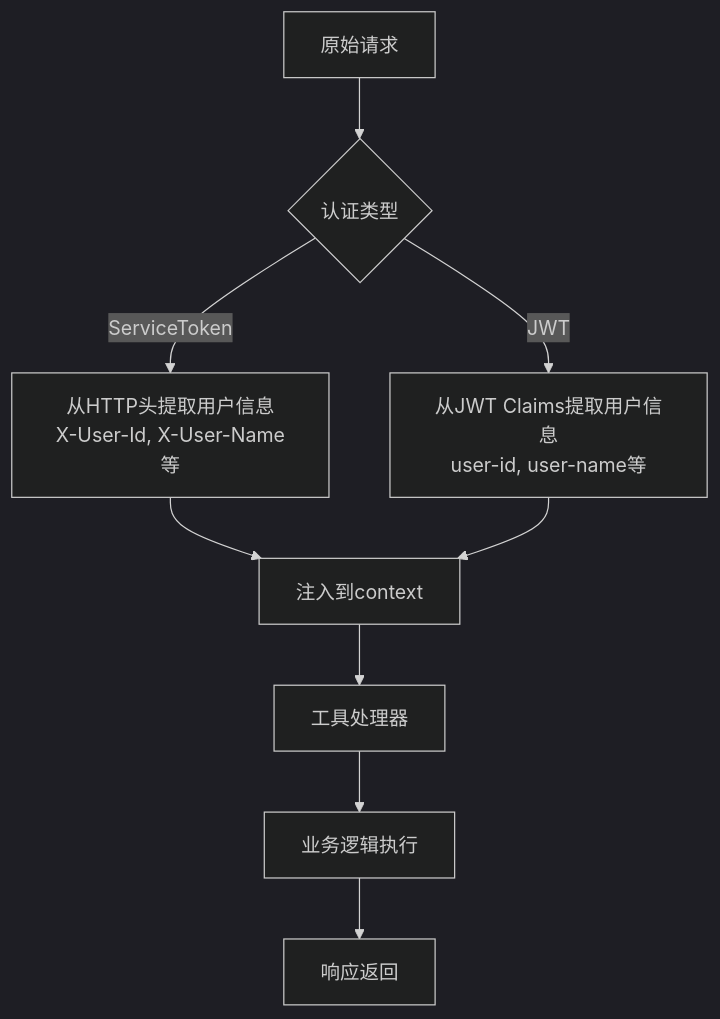
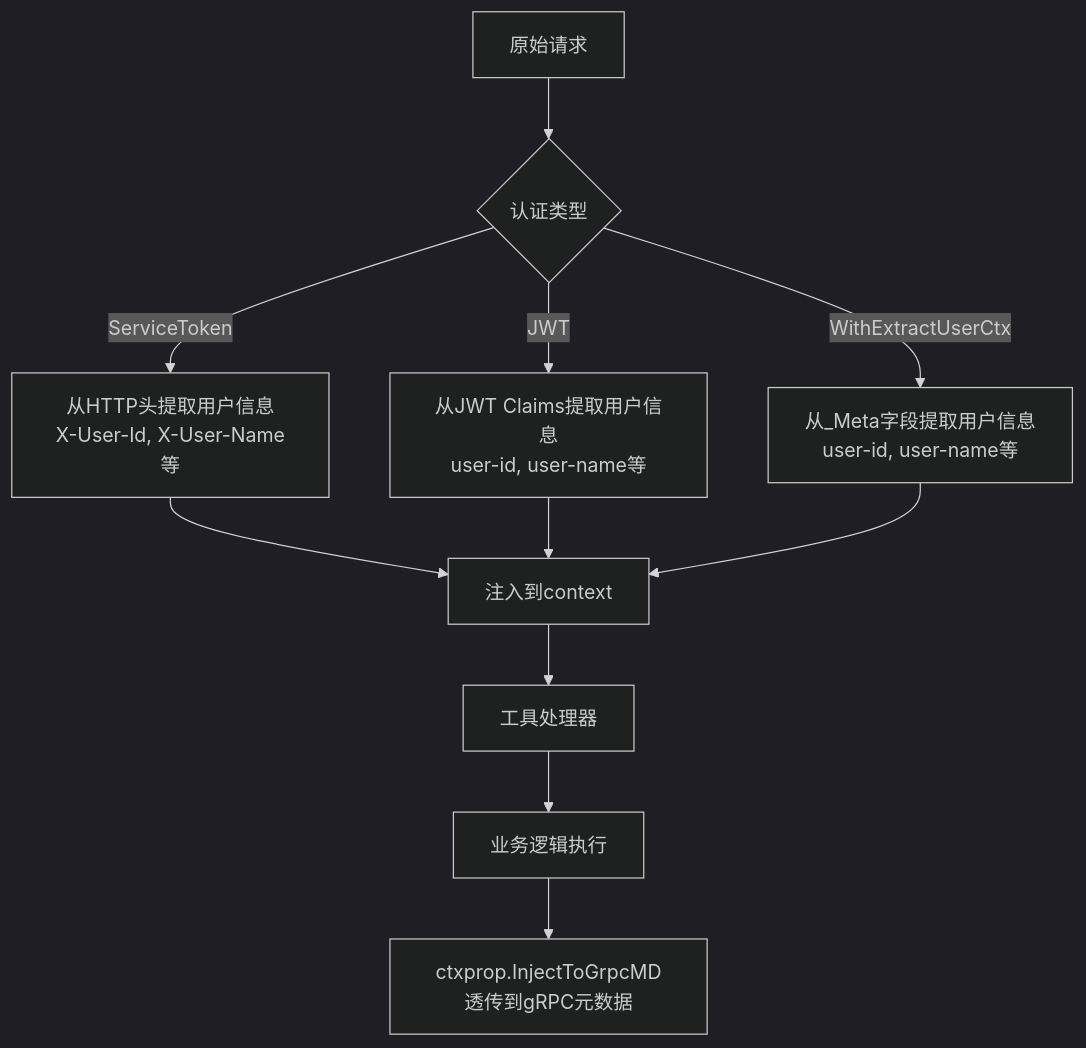
Before and after one commit to maomao94/zero-service: diagram 11 of 25 in .qoder/repowiki/zh/content/核心服务详解/Mcpx客户端包.md, drawn with Mermaid (dark theme). The commit also changed other lines of this file and 42 other files, not shown here.

````diff
--- a/.qoder/repowiki/zh/content/核心服务详解/Mcpx客户端包.md
+++ b/.qoder/repowiki/zh/content/核心服务详解/Mcpx客户端包.md
@@ -461,11 +562,13 @@
 ```mermaid
 flowchart TD
 A[原始请求] --> B{认证类型}
 B --> |ServiceToken| C[从HTTP头提取用户信息<br/>X-User-Id, X-User-Name等]
 B --> |JWT| D[从JWT Claims提取用户信息<br/>user-id, user-name等]
-C --> E[注入到context]
-D --> E
-E --> F[工具处理器]
-F --> G[业务逻辑执行]
-G --> H[响应返回]
+B --> |WithExtractUserCtx| E[从_Meta字段提取用户信息<br/>user-id, user-name等]
+C --> F[注入到context]
+D --> F
+E --> F
+F --> G[工具处理器]
+G --> H[业务逻辑执行]
+H --> I[ctxprop.InjectToGrpcMD透传到gRPC元数据]
 ```
````
